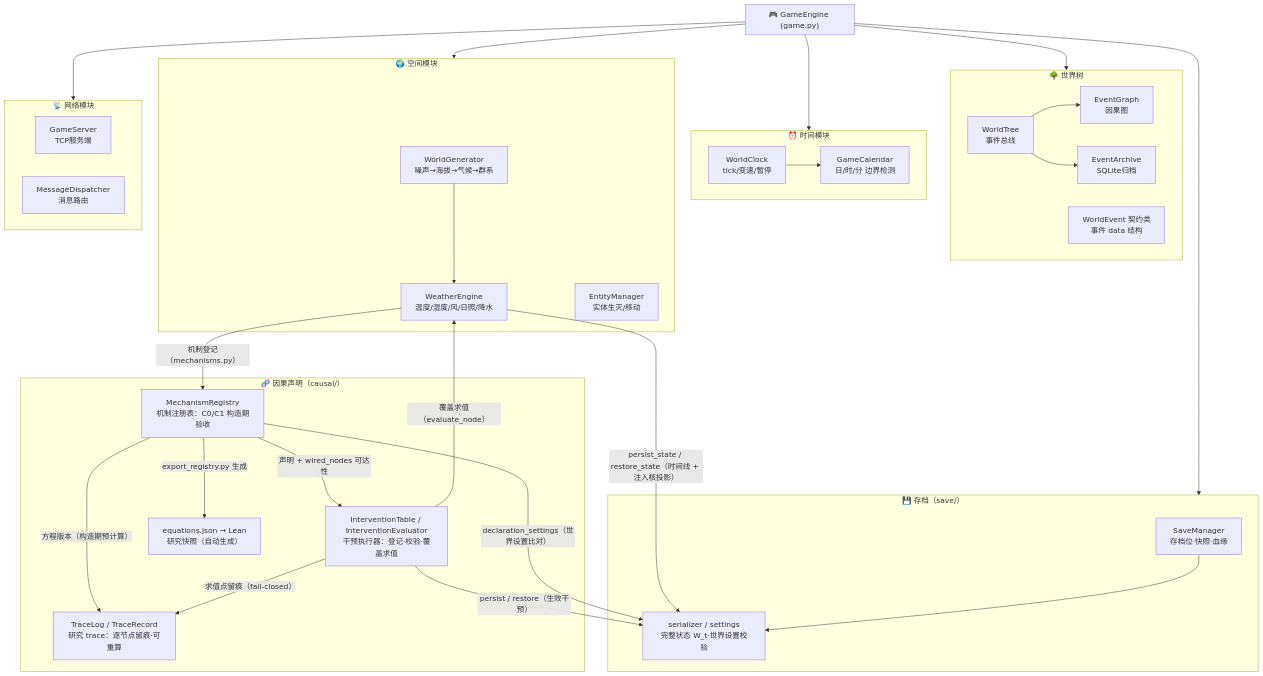
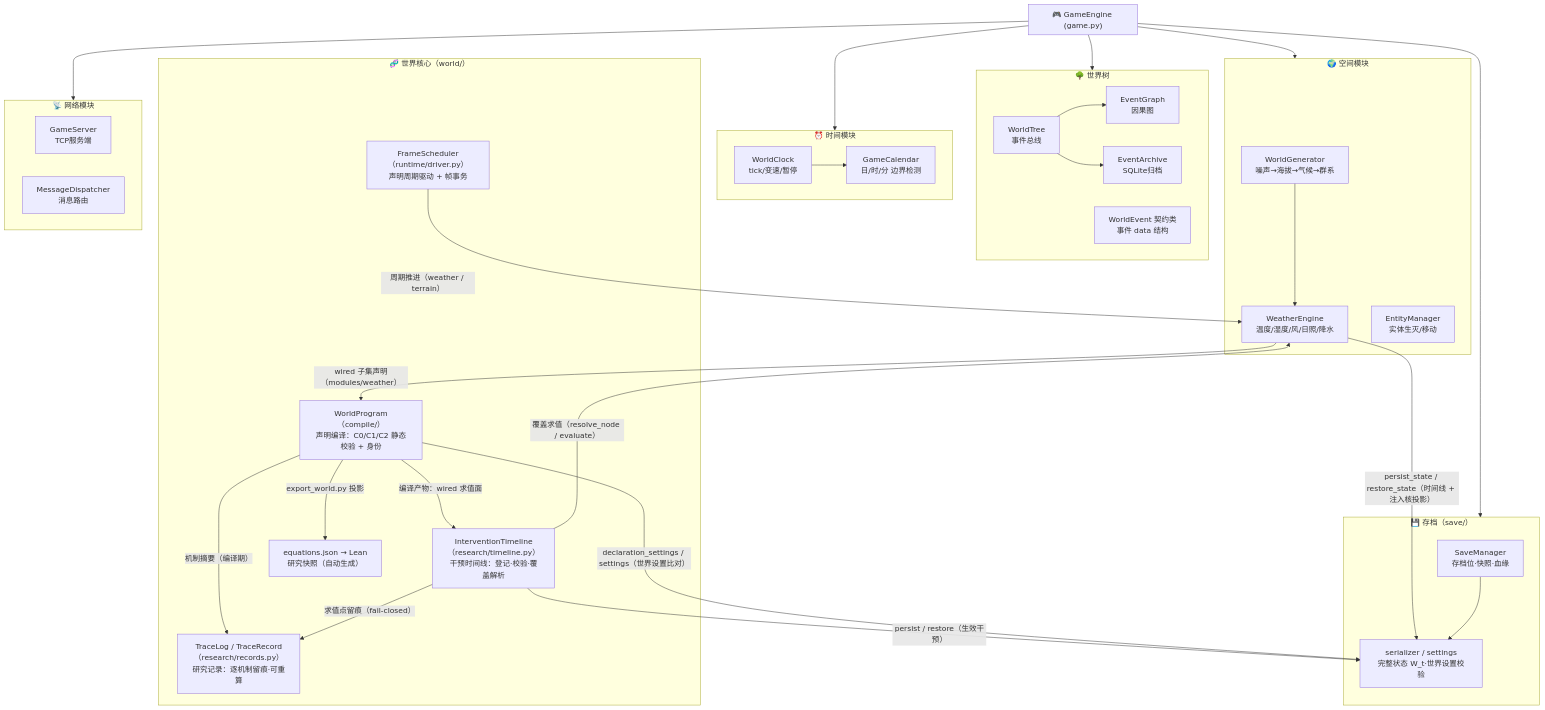
Before and after one commit to Jedidiah-Zhang/Ascend: the first of 6 diagrams in docs/diagrams/architecture.md, drawn with Mermaid. The commit also changed 180 other files, not shown here.

````diff
--- a/docs/diagrams/architecture.md
+++ b/docs/diagrams/architecture.md
@@ -5,62 +5,64 @@
 ```mermaid
 graph TD
     subgraph GameEngine["🎮 GameEngine (game.py)"]
         direction LR
     end
 
     subgraph WorldTree["🌳 世界树"]
         WT_Tree["WorldTree<br/>事件总线"]
         WT_Graph["EventGraph<br/>因果图"]
         WT_Archive["EventArchive<br/>SQLite归档"]
         WT_Contract["WorldEvent 契约类<br/>事件 data 结构"]
     end
 
     subgraph Time["⏰ 时间模块"]
         CLK["WorldClock<br/>tick/变速/暂停"]
         CAL["GameCalendar<br/>日/时/分 边界检测"]
     end
 
     subgraph Space["🌍 空间模块"]
         GEN["WorldGenerator<br/>噪声→海拔→气候→群系"]
         WEA["WeatherEngine<br/>温度/湿度/风/日照/降水"]
         ENT["EntityManager<br/>实体生灭/移动"]
     end
 
-    subgraph Causal["🧬 因果声明（causal/）"]
-        REG["MechanismRegistry<br/>机制注册表：C0/C1 构造期验收"]
-        IVT["InterventionTable / InterventionEvaluator<br/>干预执行器：登记·校验·覆盖求值"]
+    subgraph World["🧬 世界核心（world/）"]
+        REG["WorldProgram（compile/）<br/>声明编译：C0/C1/C2 静态校验 + 身份"]
+        IVT["InterventionTimeline（research/timeline.py）<br/>干预时间线：登记·校验·覆盖解析"]
         SNAP["equations.json → Lean<br/>研究快照（自动生成）"]
-        TRC["TraceLog / TraceRecord<br/>研究 trace：逐节点留痕·可重算"]
+        TRC["TraceLog / TraceRecord（research/records.py）<br/>研究记录：逐机制留痕·可重算"]
+        DRV["FrameScheduler（runtime/driver.py）<br/>声明周期驱动 + 帧事务"]
     end
 
     subgraph Save["💾 存档（save/）"]
         SM["SaveManager<br/>存档位·快照·血缘"]
         SER["serializer / settings<br/>完整状态 W_t·世界设置校验"]
     end
 
     subgraph Net["📡 网络模块"]
         SRV["GameServer<br/>TCP服务端"]
         DISP["MessageDispatcher<br/>消息路由"]
     end
 
     WT_Tree --> WT_Graph
     WT_Tree --> WT_Archive
     CLK --> CAL
     GEN --> WEA
-    WEA -->|"机制登记（mechanisms.py）"| REG
-    REG -->|"声明 + wired_nodes 可达性"| IVT
-    IVT -->|"覆盖求值（evaluate_node）"| WEA
-    REG -->|"export_registry.py 生成"| SNAP
-    REG -->|"方程版本（构造期预计算）"| TRC
+    WEA -->|"wired 子集声明（modules/weather）"| REG
+    REG -->|"编译产物：wired 求值面"| IVT
+    IVT -->|"覆盖求值（resolve_node / evaluate）"| WEA
+    REG -->|"export_world.py 投影"| SNAP
+    REG -->|"机制摘要（编译期）"| TRC
     IVT -->|"求值点留痕（fail-closed）"| TRC
     IVT -->|"persist / restore（生效干预）"| SER
     WEA -->|"persist_state / restore_state（时间线 + 注入核投影）"| SER
-    REG -->|"declaration_settings（世界设置比对）"| SER
+    REG -->|"declaration_settings / settings（世界设置比对）"| SER
+    DRV -->|"周期推进（weather / terrain）"| WEA
     SM --> SER
 
     GameEngine --> WorldTree
     GameEngine --> Time
     GameEngine --> Space
     GameEngine --> Save
     GameEngine --> Net
 ```
````
